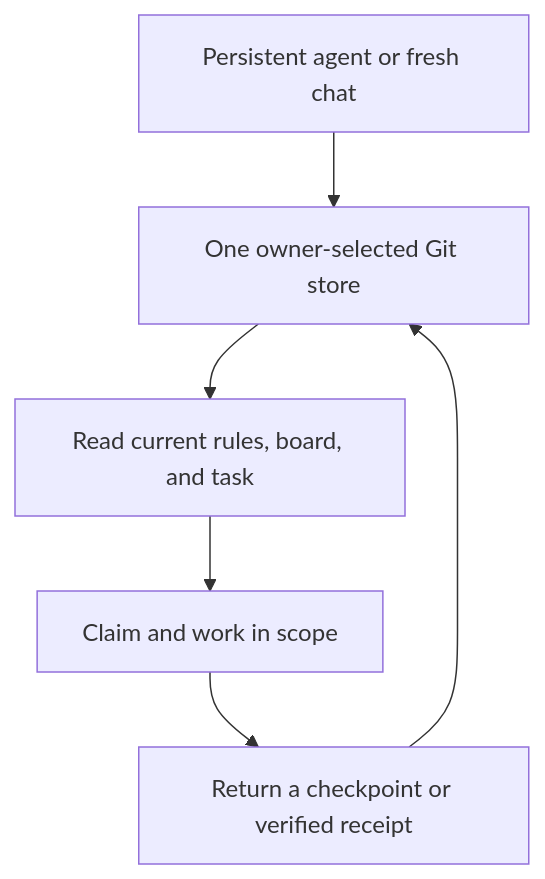
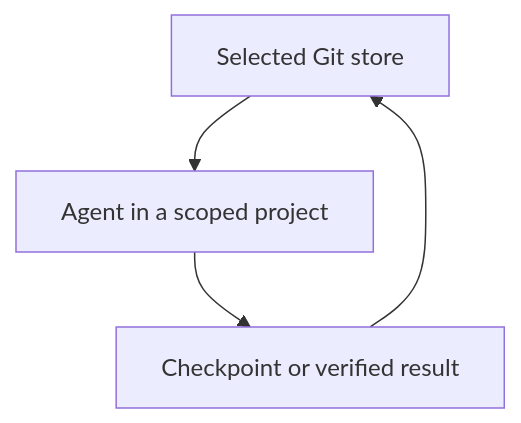
One commit to Harsette/hars-mem changed the diagram in README.md. Above: the diagram before and after it, drawn with Mermaid. The commit also changed other lines of this file, not shown here.

````diff
--- a/README.md
+++ b/README.md
@@ -11,8 +17,6 @@
-~~~mermaid
+```mermaid
 flowchart TD
-  A["Persistent agent or fresh chat"] --> B["One owner-selected Git store"]
-  B --> C["Read current rules, board, and task"]
-  C --> D["Claim and work in scope"]
-  D --> E["Return a checkpoint or verified receipt"]
-  E --> B
-~~~
+  Store["Selected Git store"] --> Agent["Agent in a scoped project"]
+  Agent --> Result["Checkpoint or verified result"]
+  Result --> Store
+```
````
